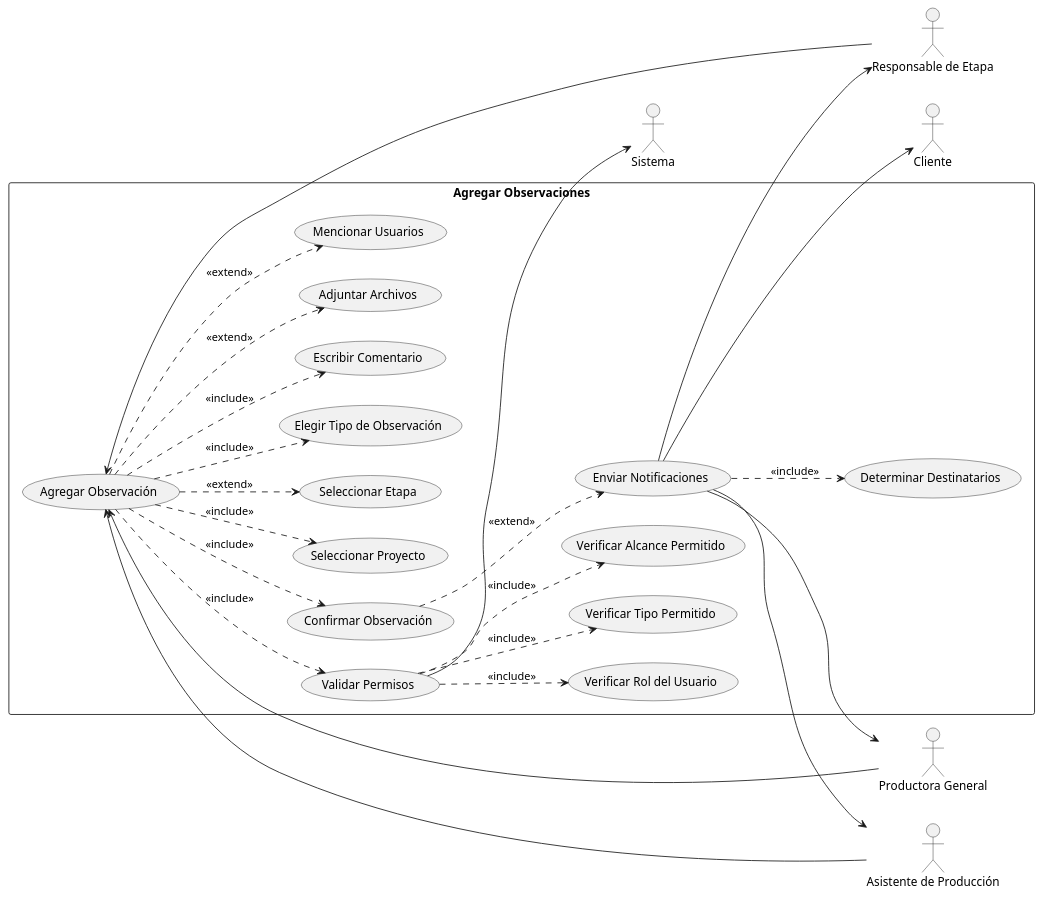
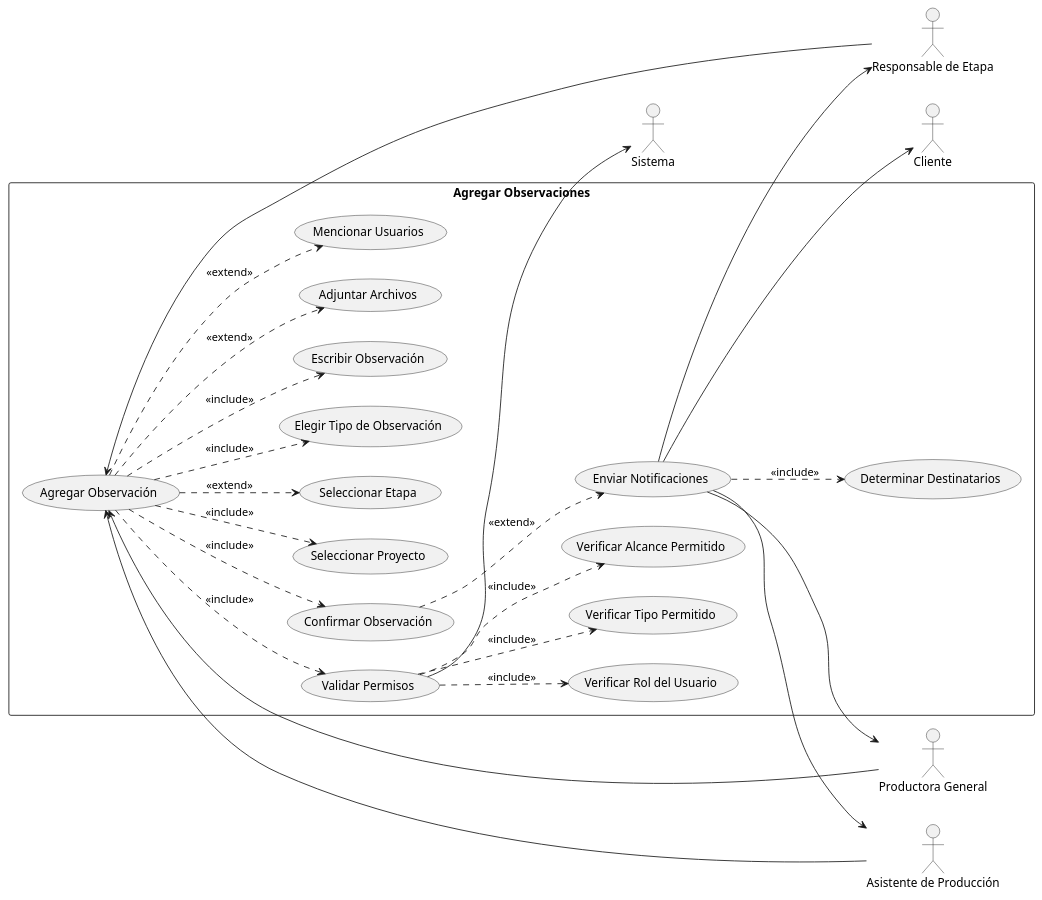
Before and after one commit to 9919-Mili/SistemaProductoraVideos: the diagram in diagramas/02-casos-de-uso/02-caso-uso-agregar-observaciones-03.puml, drawn with PlantUML. The commit also changed 22 other files, not shown here.

```diff
--- a/diagramas/02-casos-de-uso/02-caso-uso-agregar-observaciones-03.puml
+++ b/diagramas/02-casos-de-uso/02-caso-uso-agregar-observaciones-03.puml
@@ -1,57 +1,57 @@
 @startuml agregar_observaciones
 left to right direction
 
 actor "Productora General" as PG
 actor "Responsable de Etapa" as RE
 actor "Asistente de Producción" as AP
 actor "Cliente" as CLI
 actor "Sistema" as SYS
 
 rectangle "Agregar Observaciones" {
   
     usecase "Agregar Observación" as UC1
     usecase "Seleccionar Proyecto" as UC1a
     usecase "Seleccionar Etapa" as UC1b
     usecase "Elegir Tipo de Observación" as UC1c
-    usecase "Escribir Comentario" as UC1d
+    usecase "Escribir Observación" as UC1d
     usecase "Adjuntar Archivos" as UC1e
     usecase "Mencionar Usuarios" as UC1f
     
     usecase "Validar Permisos" as UC2
     usecase "Verificar Rol del Usuario" as UC2a
     usecase "Verificar Tipo Permitido" as UC2b
     usecase "Verificar Alcance Permitido" as UC2c
     
     usecase "Confirmar Observación" as UC3
     
     usecase "Enviar Notificaciones" as UC4
     usecase "Determinar Destinatarios" as UC4a
 }
 
 PG --> UC1
 RE --> UC1
 AP --> UC1
 
 UC1 ..> UC1a : <<include>>
 UC1 ..> UC1b : <<extend>>
 UC1 ..> UC1c : <<include>>
 UC1 ..> UC1d : <<include>>
 UC1 ..> UC1e : <<extend>>
 UC1 ..> UC1f : <<extend>>
 
 UC1 ..> UC2 : <<include>>
 UC2 ..> UC2a : <<include>>
 UC2 ..> UC2b : <<include>>
 UC2 ..> UC2c : <<include>>
 UC2 --> SYS
 
 UC1 ..> UC3 : <<include>>
 
 UC3 ..> UC4 : <<extend>>
 UC4 ..> UC4a : <<include>>
 UC4 --> PG
 UC4 --> RE
 UC4 --> AP
 UC4 --> CLI
 
 @enduml
```
